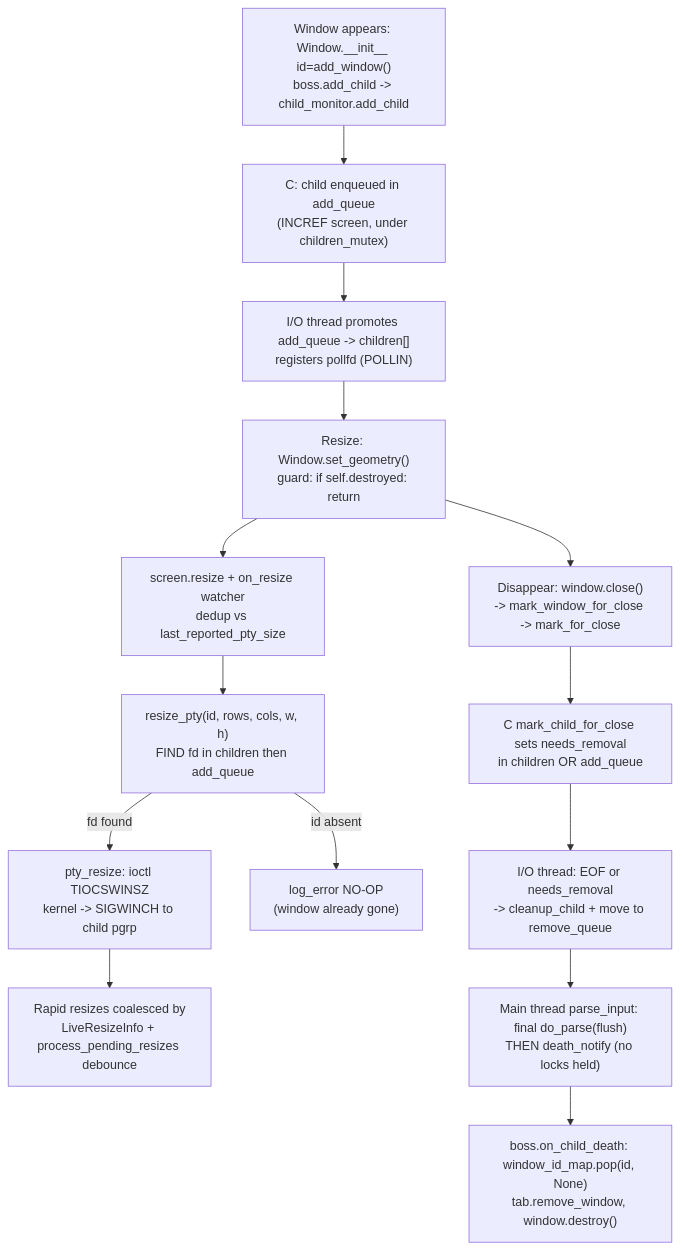
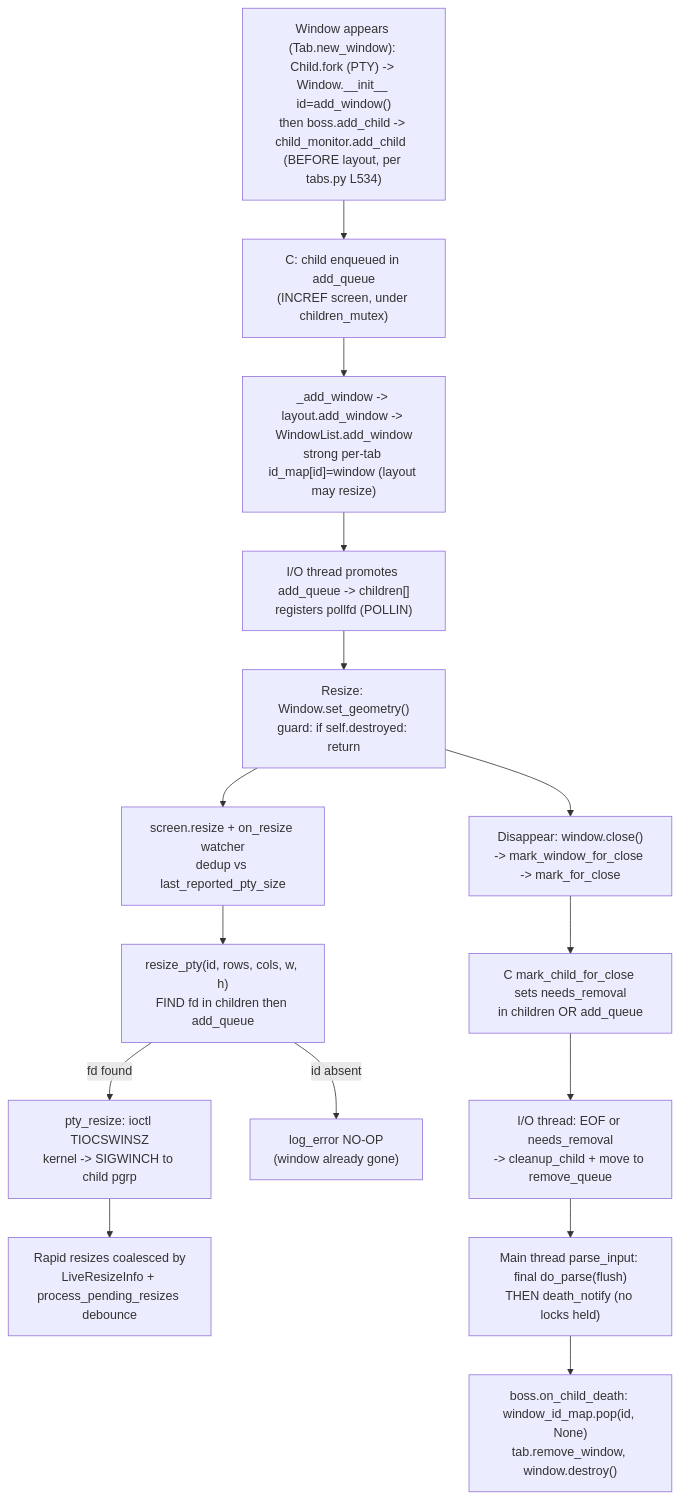
The diagram in blitzy/documentation/kitty_815df1e210e0.md (blitzy-research/kitty), drawn with Mermaid before and after one commit. The commit also changed other lines of this file, not shown here.

````diff
--- a/blitzy/documentation/kitty_815df1e210e0.md
+++ b/blitzy/documentation/kitty_815df1e210e0.md
@@ -132,16 +132,17 @@
 ```mermaid
 flowchart TD
-    A["Window appears: Window.__init__ id=add_window()<br/>boss.add_child -> child_monitor.add_child"] --> B["C: child enqueued in add_queue<br/>(INCREF screen, under children_mutex)"]
-    B --> C["I/O thread promotes add_queue -> children[]<br/>registers pollfd (POLLIN)"]
+    A["Window appears (Tab.new_window): Child.fork (PTY) -> Window.__init__ id=add_window()<br/>then boss.add_child -> child_monitor.add_child  (BEFORE layout, per tabs.py L534)"] --> B["C: child enqueued in add_queue<br/>(INCREF screen, under children_mutex)"]
+    B --> B2["_add_window -> layout.add_window -> WindowList.add_window<br/>strong per-tab id_map[id]=window (layout may resize)"]
+    B2 --> C["I/O thread promotes add_queue -> children[]<br/>registers pollfd (POLLIN)"]
     C --> D["Resize: Window.set_geometry()<br/>guard: if self.destroyed: return"]
     D --> E["screen.resize + on_resize watcher<br/>dedup vs last_reported_pty_size"]
     E --> F["resize_pty(id, rows, cols, w, h)<br/>FIND fd in children then add_queue"]
     F -->|fd found| G["pty_resize: ioctl TIOCSWINSZ<br/>kernel -> SIGWINCH to child pgrp"]
     F -->|id absent| H["log_error NO-OP<br/>(window already gone)"]
     G --> I["Rapid resizes coalesced by<br/>LiveResizeInfo + process_pending_resizes debounce"]
     D --> J["Disappear: window.close()<br/>-> mark_window_for_close -> mark_for_close"]
     J --> K["C mark_child_for_close sets needs_removal<br/>in children OR add_queue"]
     K --> L["I/O thread: EOF or needs_removal<br/>-> cleanup_child + move to remove_queue"]
     L --> M["Main thread parse_input: final do_parse(flush)<br/>THEN death_notify (no locks held)"]
     M --> N["boss.on_child_death: window_id_map.pop(id, None)<br/>tab.remove_window, window.destroy()"]
 ```
````
